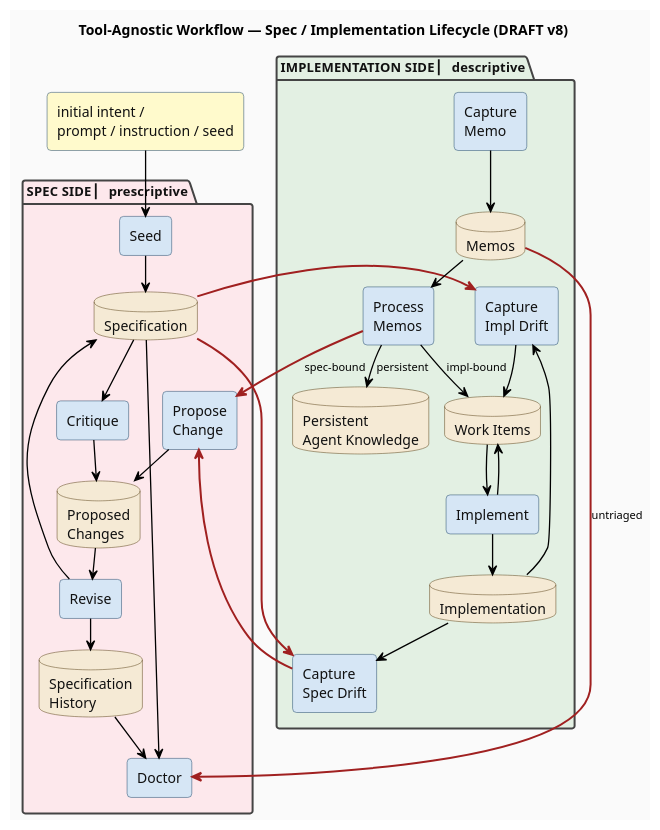
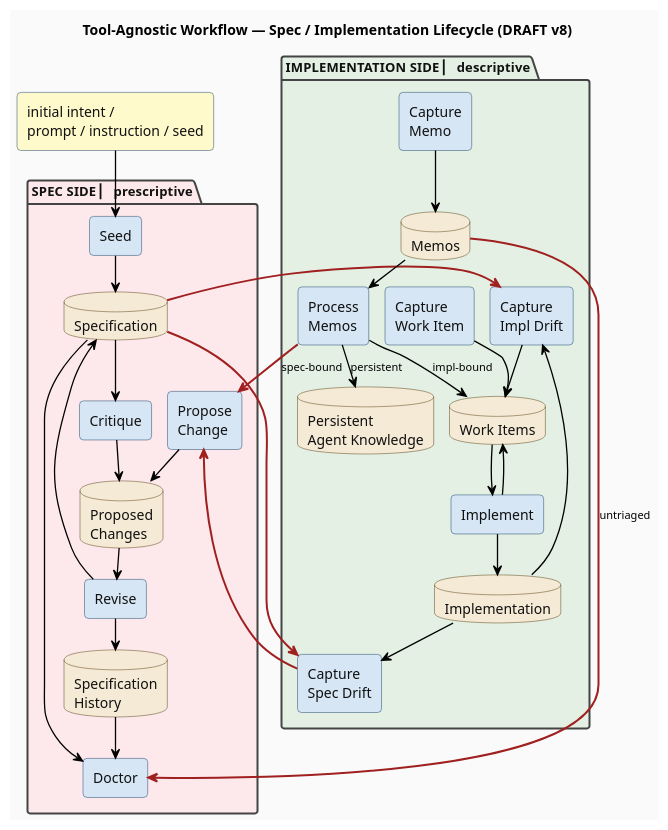
Before and after one commit to thewoolleyman/livespec: the diagram in research/workflow-processes/diagrams/draft-tool-agnostic-workflow.plantuml, drawn with PlantUML. The commit also changed 2 other files, not shown here.

Commit message:
docs(research): add Capture Work Item node + livespec:next placeholder
Two additions to the draft tool-agnostic workflow:

1. Capture Work Item — new impl-side node providing a direct
   user-initiated path to the Work Items queue (creates freeform
   work items with no gap-id label). Restores the "Path B
   freeform issue" pattern from the old observation-flow diagram
   under the new tool-agnostic naming. Closure semantics survive
   unchanged — items it creates flow through the existing
   freeform closure path (simple --reason, no verification step).

2. livespec:next — prose placeholder for a future spec-side
   advisory skill that recommends the most logical next workflow
   action based on the state of the persistence stores and the
   dependencies between operations. Reads Proposed Changes,
   Specification History, Work Items, Memos, and Doctor findings;
   surfaces the most ripe next action. Not yet represented in the
   diagram; full design (single recommendation vs. ranked list,
   cross-boundary read mechanism, weighting heuristics) is open
   for future iteration.

PlantUML diagram + SVG re-rendered.

```diff
--- a/research/workflow-processes/diagrams/draft-tool-agnostic-workflow.plantuml
+++ b/research/workflow-processes/diagrams/draft-tool-agnostic-workflow.plantuml
@@ -1,136 +1,140 @@
 @startuml draft-tool-agnostic-workflow
 title Tool-Agnostic Workflow — Spec / Implementation Lifecycle (DRAFT v8)
 
 ' Container approach: package shapes for SPEC SIDE and
 ' IMPLEMENTATION SIDE. Accepts PlantUML's default side-by-side
 ' container layout in exchange for clean visual grouping that
 ' the v4-v7 flat-layout approach couldn't provide.
 '
 ' v8 = v7 content + package containers:
 ' - Single input box (no actor figures)
 ' - Spec → Capture Spec Drift edge included
 ' - Pure black arrows, dark fonts everywhere
 ' - Container packages do the spec/impl grouping (no separate
 '   SPEC SIDE / IMPLEMENTATION SIDE label boxes; no WALL element)
 
 skinparam defaultFontName Helvetica
 skinparam shadowing false
 skinparam BackgroundColor #fafafa
 skinparam ArrowColor #000000
 skinparam ArrowFontColor #000000
 skinparam ArrowFontSize 11
 skinparam ArrowThickness 1.3
 skinparam nodesep 16
 skinparam ranksep 26
 hide stereotype
 
 skinparam package {
   FontColor #111
   FontSize 13
   FontStyle bold
   BorderColor #444
   BorderThickness 2
 }
 
 skinparam rectangle {
   BackgroundColor #d6e6f5
   BorderColor #1f4768
   FontColor #111
   RoundCorner 8
 }
 
 skinparam database {
   BackgroundColor #f5ead5
   BorderColor #5a4319
   FontColor #111
 }
 
 ' ============================================================
 ' EXTERNAL INPUT (replaces actors)
 ' ============================================================
 
 rectangle "initial intent /\nprompt / instruction / seed" as Input #fffacc
 
 ' ============================================================
 ' SPEC SIDE
 ' ============================================================
 
 package "SPEC SIDE  ▏ prescriptive" as SpecPkg #fde8ec {
   rectangle "Seed" as Seed
   rectangle "Propose\nChange" as Propose
   rectangle "Critique" as Critique
   rectangle "Revise" as Revise
   rectangle "Doctor" as Doctor
 
   database "Specification" as Spec
   database "Proposed\nChanges" as PCQueue
   database "Specification\nHistory" as History
 }
 
 ' ============================================================
 ' IMPLEMENTATION SIDE
 ' ============================================================
 
 package "IMPLEMENTATION SIDE  ▏ descriptive" as ImplPkg #e3f0e3 {
   rectangle "Capture\nImpl Drift" as CaptureImplDrift
+  rectangle "Capture\nWork Item" as CaptureWorkItem
   rectangle "Implement" as Implement
   rectangle "Capture\nSpec Drift" as CaptureSpecDrift
   rectangle "Capture\nMemo" as CaptureMemo
   rectangle "Process\nMemos" as ProcessMemos
 
   database "Implementation" as Impl
   database "Work Items" as WorkItems
   database "Memos" as Memos
   database "Persistent\nAgent Knowledge" as AgentKnowledge
 }
 
 ' ============================================================
 ' VISIBLE EDGES (data flow)
 ' ============================================================
 
 ' External input → Seed
 Input --> Seed
 
 ' Spec lifecycle
 Seed --> Spec
 Propose --> PCQueue
 PCQueue --> Revise
 Revise --> Spec
 Revise --> History
 Spec --> Critique
 Critique --> PCQueue
 Spec --> Doctor
 History --> Doctor
 
 ' Cross-boundary: SPEC → IMPL (prescription)
 Spec -[#a02020,thickness=2]-> CaptureImplDrift
 
 ' Cross-boundary: SPEC → IMPL (spec input to drift detection)
 Spec -[#a02020,thickness=2]-> CaptureSpecDrift
 
 ' Impl gap lifecycle
 Impl --> CaptureImplDrift
 CaptureImplDrift --> WorkItems
 WorkItems --> Implement
 Implement --> Impl
 Implement --> WorkItems
 
+' Direct work item filing (freeform, no gap-id)
+CaptureWorkItem --> WorkItems
+
 ' Spec-drift detection
 Impl --> CaptureSpecDrift
 
 ' Cross-boundary: IMPL → SPEC (drift findings)
 CaptureSpecDrift -[#a02020,thickness=2]-> Propose
 
 ' Memo lifecycle
 CaptureMemo --> Memos
 Memos --> ProcessMemos
 ProcessMemos --> WorkItems : impl-bound
 ProcessMemos --> AgentKnowledge : persistent
 
 ' Cross-boundary: IMPL → SPEC (spec-bound memo)
 ProcessMemos -[#a02020,thickness=2]-> Propose : spec-bound
 
 ' Cross-boundary: IMPL → SPEC (doctor hygiene query)
 Memos -[#a02020,thickness=2]-> Doctor : untriaged
 
 @enduml
```
